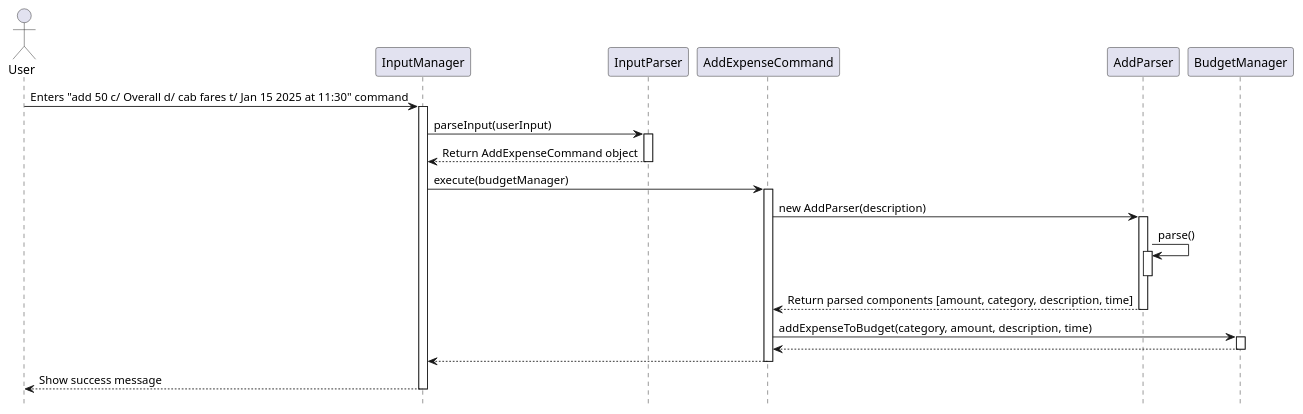
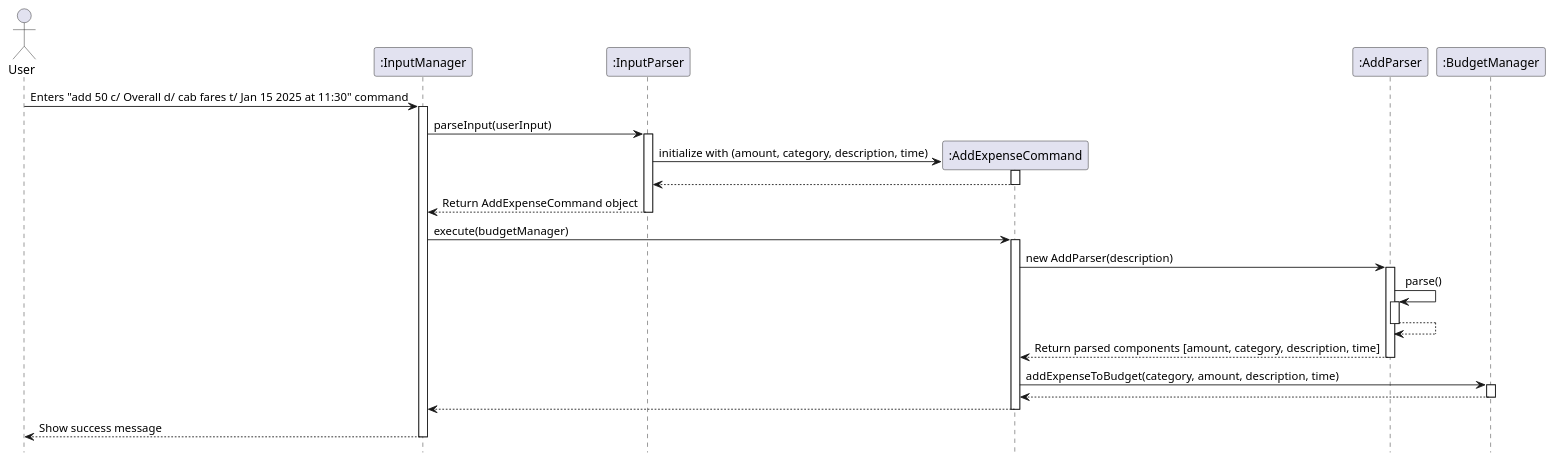
The diagram in docs/diagrams/AddCommandSequenceDiagram.puml (AY2425S2-CS2113-T12-4/tp), drawn with PlantUML before and after one commit. The commit also changed 8 other files, not shown here.

Commit message:
Add diagrams for DG

```diff
--- a/docs/diagrams/AddCommandSequenceDiagram.puml
+++ b/docs/diagrams/AddCommandSequenceDiagram.puml
@@ -1,40 +1,47 @@
 @startuml
-
+hide circle
+skinparam classAttributeIconSize 0
 hide footbox
 actor User
-participant "InputManager" as IM
-participant "InputParser" as IP
-participant "AddExpenseCommand" as AEC
-participant "AddParser" as AP
-participant "BudgetManager" as BM
+participant ":InputManager" as IM
+participant ":InputParser" as IP
+participant ":AddExpenseCommand" as AEC
+participant ":AddParser" as AP
+participant ":BudgetManager" as BM
 
 
 
 User -> IM: Enters "add 50 c/ Overall d/ cab fares t/ Jan 15 2025 at 11:30" command
 activate IM
 IM -> IP: parseInput(userInput)
 activate IP
+create AEC
+IP -> AEC: initialize with (amount, category, description, time)
+activate AEC
+AEC --> IP
+deactivate AEC
 IP --> IM: Return AddExpenseCommand object
 deactivate IP
 IM -> AEC: execute(budgetManager)
 activate AEC
 AEC -> AP: new AddParser(description)
 activate AP
 AP -> AP: parse()
 activate AP
+AP --> AP
 deactivate AP
 AP --> AEC: Return parsed components [amount, category, description, time]
 deactivate AP
 box AEC #LightGreen
 AEC -> BM: addExpenseToBudget(category, amount, description, time)
 activate BM
 BM --> AEC:
 deactivate BM
 AEC --> IM:
 end box
 
 deactivate AEC
 
 IM --> User: Show success message
 deactivate IM
 @enduml
```
